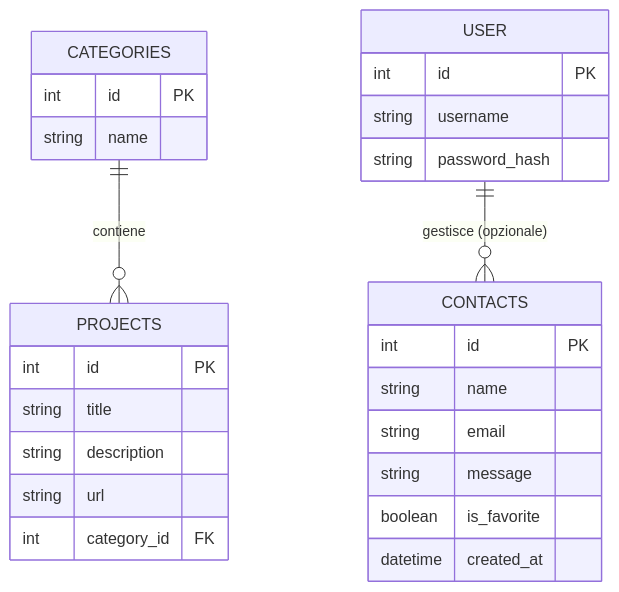
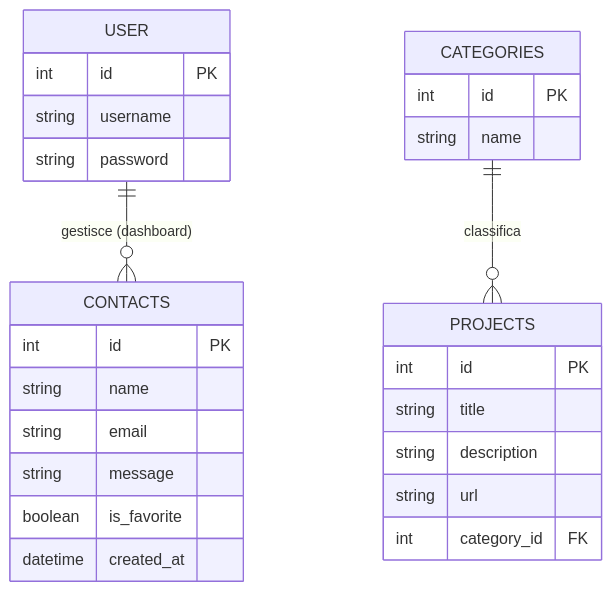
Before and after one commit to simonkolaaa/portfolio-backend: the first of 5 diagrams in docs/DOCUMENTAZIONE.md, drawn with Mermaid. The commit also changed other lines of this file, not shown here.

Commit message:
docs: aggiorna DOCUMENTAZIONE.md con ER, UML, casi d'uso e Gantt

````diff
--- a/docs/DOCUMENTAZIONE.md
+++ b/docs/DOCUMENTAZIONE.md
@@ -9,30 +59,30 @@
 ```mermaid
 erDiagram
-    CATEGORIES ||--o{ PROJECTS : "contiene"
-    USER ||--o{ CONTACTS : "gestisce (opzionale)"
-    
     USER {
         int id PK
         string username
-        string password_hash
+        string password
     }
     CONTACTS {
         int id PK
         string name
         string email
         string message
         boolean is_favorite
         datetime created_at
     }
     PROJECTS {
         int id PK
         string title
         string description
         string url
         int category_id FK
     }
     CATEGORIES {
         int id PK
         string name
     }
+
+    USER ||--o{ CONTACTS : "gestisce (dashboard)"
+    CATEGORIES ||--o{ PROJECTS : "classifica"
 ```
````
